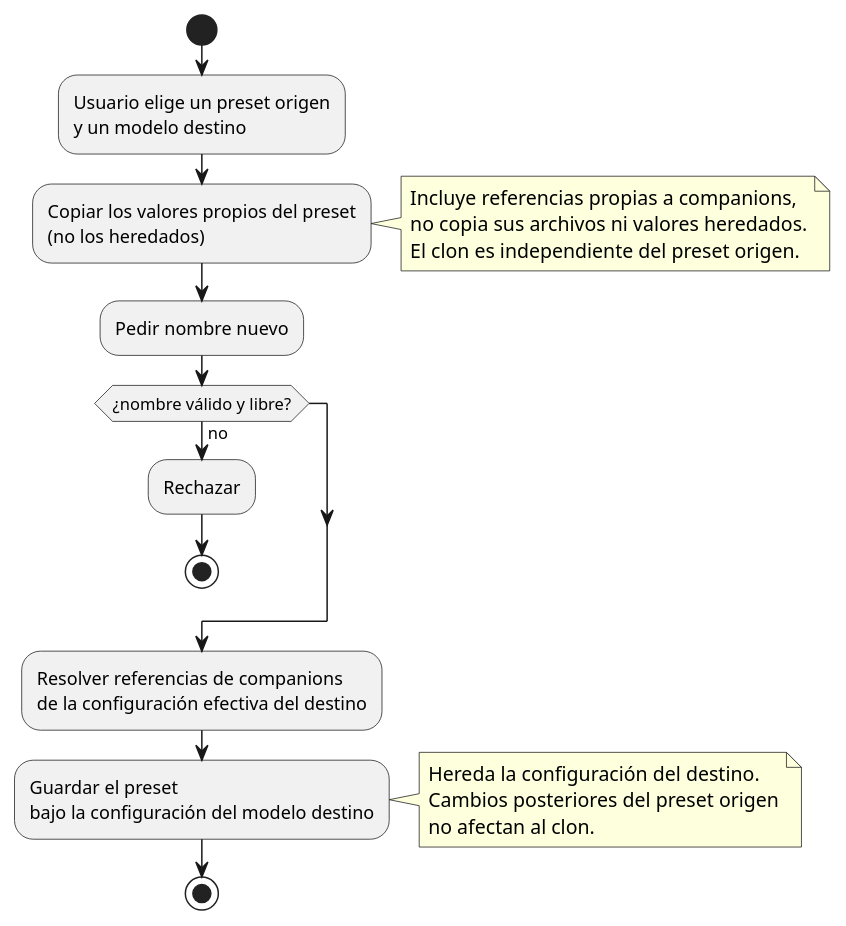
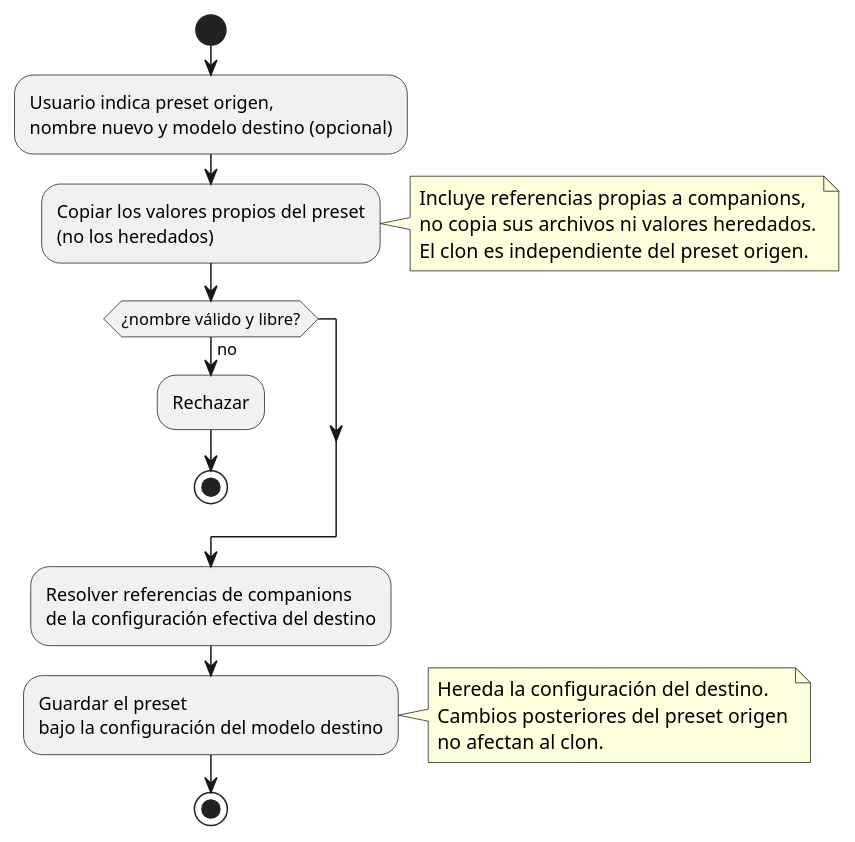
The sixth of 7 diagrams in docs/actividades.md (mstranich/coquena), drawn with PlantUML before and after one commit. The commit also changed other lines of this file and 10 other files, not shown here.

````diff
--- a/docs/actividades.md
+++ b/docs/actividades.md
@@ -168,25 +173,24 @@
 ```plantuml
 @startuml
 start
-:Usuario elige un preset origen\ny un modelo destino;
-:Copiar los valores propios del preset\n(no los heredados);
+:Usuario indica preset origen,\nnombre nuevo y modelo destino (opcional);
+  :Copiar los valores propios del preset\n(no los heredados);
 note right
   Incluye referencias propias a companions,
   no copia sus archivos ni valores heredados.
   El clon es independiente del preset origen.
 end note
-:Pedir nombre nuevo;
 if (¿nombre válido y libre?) then (no)
   :Rechazar;
   stop
 endif
 :Resolver referencias de companions\nde la configuración efectiva del destino;
 :Guardar el preset\nbajo la configuración del modelo destino;
 note right
   Hereda la configuración del destino.
   Cambios posteriores del preset origen
   no afectan al clon.
 end note
 stop
 @enduml
 ```
````
